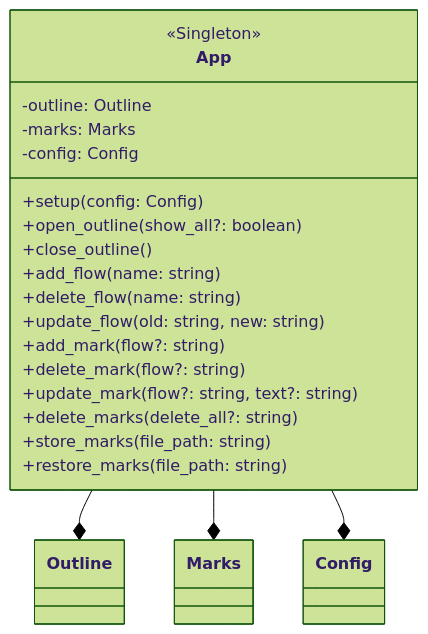
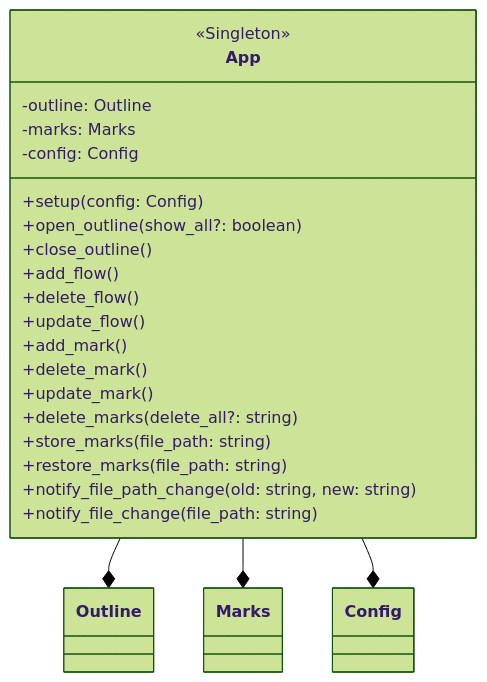
One commit to niuiic/track.nvim changed the first of 17 diagrams in DESIGN.md. Above: the diagram before and after it, drawn with Mermaid (forest theme). The commit also changed other lines of this file and 5 other files, not shown here.

````diff
--- a/DESIGN.md
+++ b/DESIGN.md
@@ -26,30 +29,32 @@
 ```mermaid
 classDiagram
     App --* Outline
     App --* Marks
     App --* Config
     class App {
         <<Singleton>>
 
         -outline: Outline
         -marks: Marks
         -config: Config
 
         %% config
         +setup(config: Config)
         %% outline
         +open_outline(show_all?: boolean)
         +close_outline()
         %% flow
-        +add_flow(name: string)
-        +delete_flow(name: string)
-        +update_flow(old: string, new: string)
+        +add_flow()
+        +delete_flow()
+        +update_flow()
         %% mark
-        +add_mark(flow?: string)
-        +delete_mark(flow?: string)
-        +update_mark(flow?: string, text?: string)
+        +add_mark()
+        +delete_mark()
+        +update_mark()
         +delete_marks(delete_all?: string)
         +store_marks(file_path: string)
         +restore_marks(file_path: string)
+        +notify_file_path_change(old: string, new: string)
+        +notify_file_change(file_path: string)
     }
 ```
````
